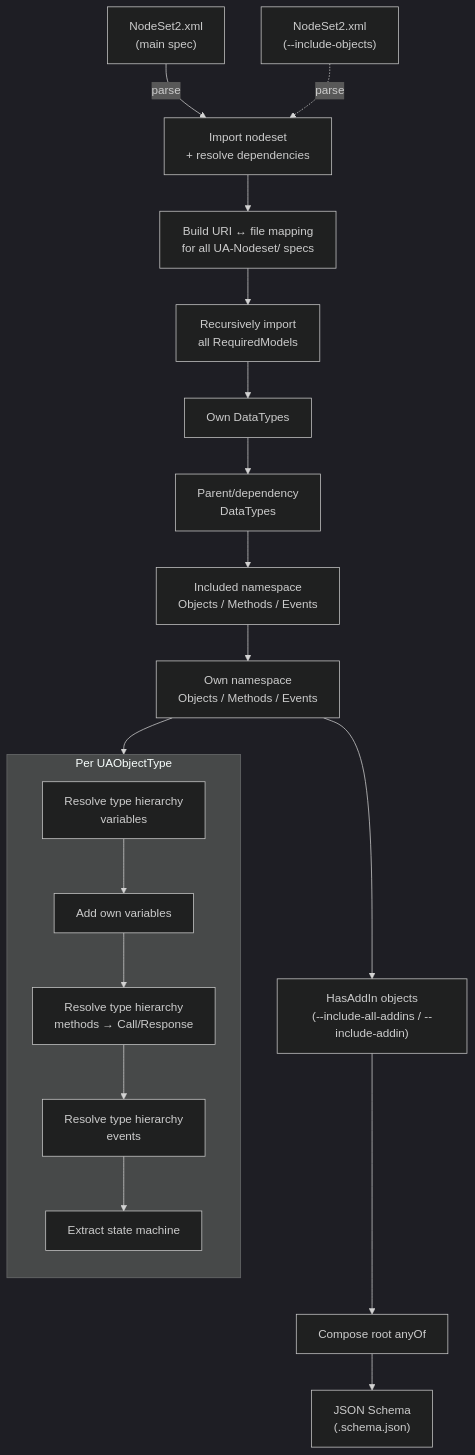
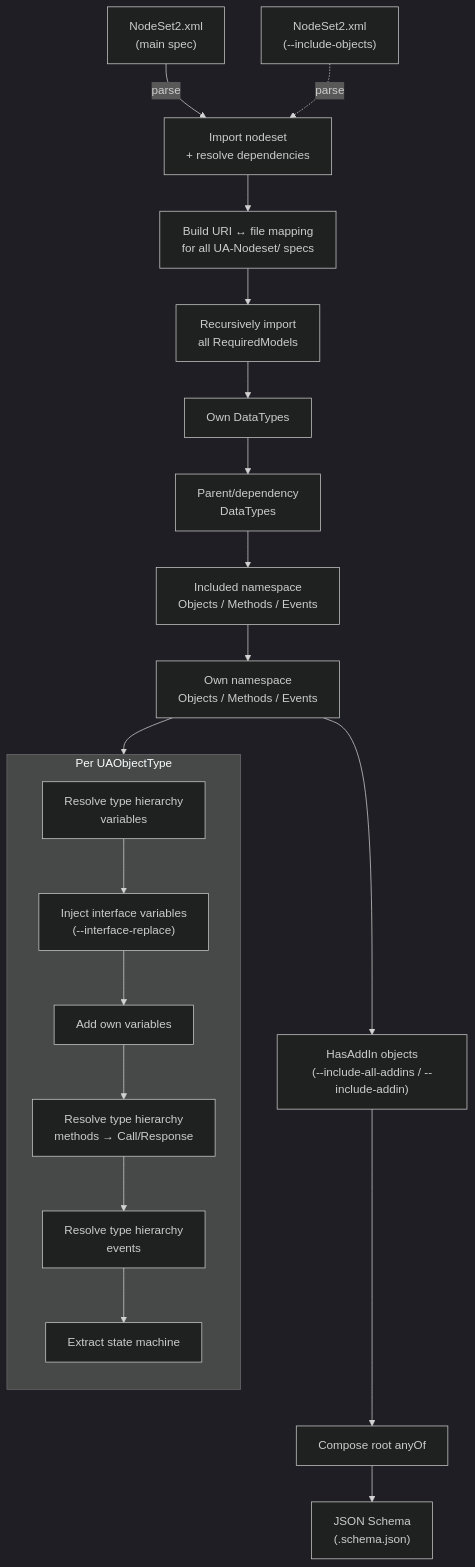
Before and after one commit to aschamberger/opcua-schemagen: the diagram in README.md, drawn with Mermaid (dark theme). The commit also changed other lines of this file and 4 other files, not shown here.

````diff
--- a/README.md
+++ b/README.md
@@ -66,24 +71,25 @@
 ```mermaid
 flowchart TD
     A["NodeSet2.xml<br>(main spec)"] -->|parse| B["Import nodeset<br>+ resolve dependencies"]
     A2["NodeSet2.xml<br>(--include-objects)"] -.->|parse| B
     B --> C["Build URI ↔ file mapping<br>for all UA-Nodeset/ specs"]
     C --> D["Recursively import<br>all RequiredModels"]
     D --> E[Own DataTypes]
     E --> F["Parent/dependency<br>DataTypes"]
     F --> G["Included namespace<br>Objects / Methods / Events"]
     G --> H["Own namespace<br>Objects / Methods / Events"]
     H --> HA["HasAddIn objects<br>(--include-all-addins / --include-addin)"]
     HA --> I[Compose root anyOf]
     I --> J["JSON Schema<br>(.schema.json)"]
 
     subgraph "Per UAObjectType"
         direction TB
-        H1["Resolve type hierarchy<br>variables"] --> H2[Add own variables]
+        H1["Resolve type hierarchy<br>variables"] --> H1B["Inject interface variables<br>(--interface-replace)"]
+        H1B --> H2[Add own variables]
         H2 --> H3["Resolve type hierarchy<br>methods → Call/Response"]
         H3 --> H4["Resolve type hierarchy<br>events"]
         H4 --> H5[Extract state machine]
     end
 
     H --> H1
 ```
````
